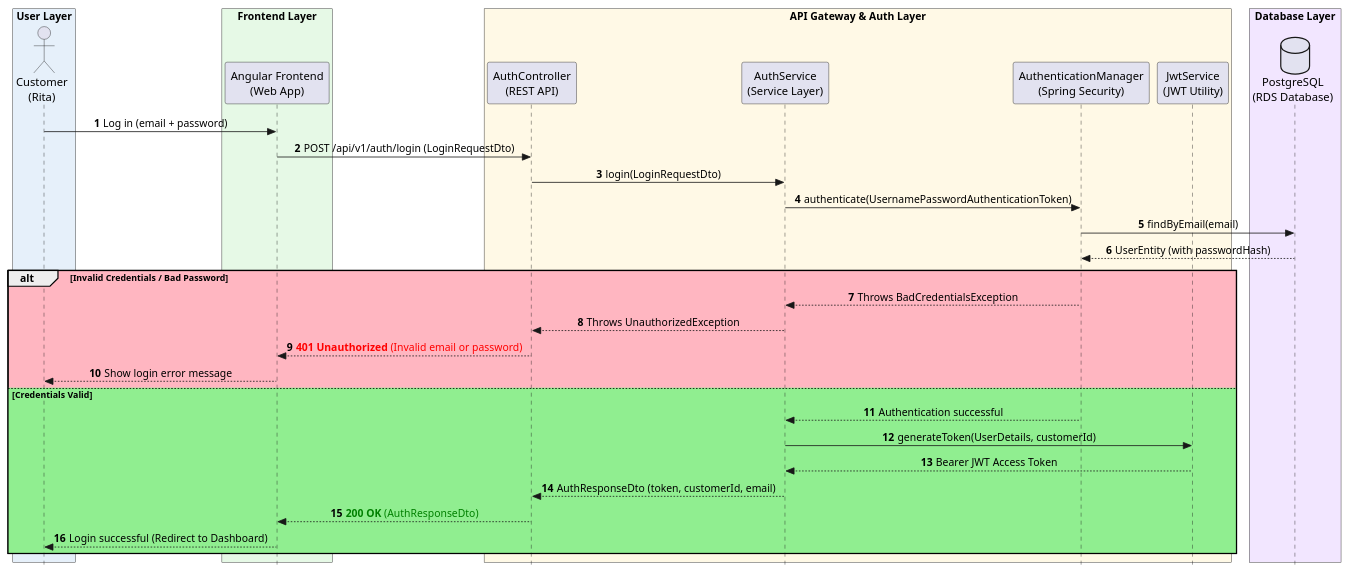
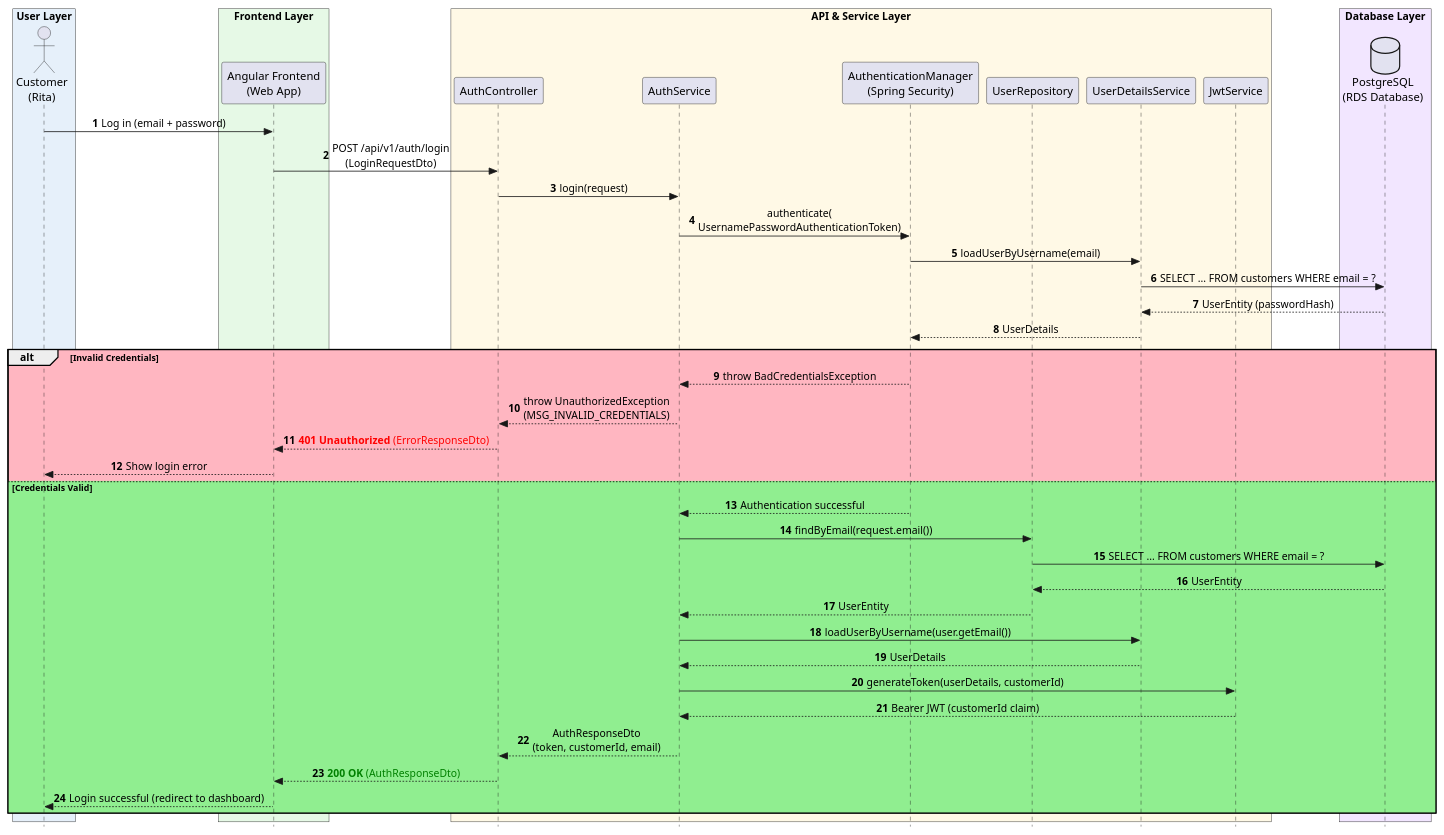
Before and after one commit to MOzil-10/Transaction-Dispute-Service: the diagram in sequenceDiagram/Authentication.puml, drawn with PlantUML. The commit also changed 4 other files, not shown here.

Commit message:
docs: align sequence diagrams with actual code — real participants, endpoints, and methods

```diff
--- a/sequenceDiagram/Authentication.puml
+++ b/sequenceDiagram/Authentication.puml
@@ -1,48 +1,60 @@
 @startuml
 autonumber
 skinparam Style strictuml
 skinparam SequenceMessageAlignment center
 skinparam boxPadding 10
 
 box "User Layer" #E6F0FA
 actor "Customer\n(Rita)" as Customer
 end box
 
 box "Frontend Layer" #E6F9E6
 participant "Angular Frontend\n(Web App)" as Frontend
 end box
 
-box "API Gateway & Auth Layer" #FFF9E6
-participant "AuthController\n(REST API)" as Controller
-participant "AuthService\n(Service Layer)" as Service
+box "API & Service Layer" #FFF9E6
+participant "AuthController" as Controller
+participant "AuthService" as Service
 participant "AuthenticationManager\n(Spring Security)" as AuthManager
-participant "JwtService\n(JWT Utility)" as JWT
+participant "UserRepository" as UserRepo
+participant "UserDetailsService" as UDS
+participant "JwtService" as JWT
 end box
 
 box "Database Layer" #F2E6FF
 database "PostgreSQL\n(RDS Database)" as DB
 end box
 
 Customer -> Frontend: Log in (email + password)
-Frontend -> Controller: POST /api/v1/auth/login (LoginRequestDto)
+Frontend -> Controller: POST /api/v1/auth/login\n(LoginRequestDto)
 
-Controller -> Service: login(LoginRequestDto)
-Service -> AuthManager: authenticate(UsernamePasswordAuthenticationToken)
+Controller -> Service: login(request)
+Service -> AuthManager: authenticate(\nUsernamePasswordAuthenticationToken)
+AuthManager -> UDS: loadUserByUsername(email)
+UDS -> DB: SELECT ... FROM customers WHERE email = ?
+DB --> UDS: UserEntity (passwordHash)
+UDS --> AuthManager: UserDetails
 
-AuthManager -> DB: findByEmail(email)
-DB --> AuthManager: UserEntity (with passwordHash)
-
-alt #LightPink Invalid Credentials / Bad Password
-    AuthManager --> Service: Throws BadCredentialsException
-    Service --> Controller: Throws UnauthorizedException
-    Controller --> Frontend: <font color=red><b>401 Unauthorized</b> (Invalid email or password)</font>
-    Frontend --> Customer: Show login error message
+alt #LightPink Invalid Credentials
+    AuthManager --> Service: throw BadCredentialsException
+    Service --> Controller: throw UnauthorizedException\n(MSG_INVALID_CREDENTIALS)
+    Controller --> Frontend: <font color=red><b>401 Unauthorized</b> (ErrorResponseDto)</font>
+    Frontend --> Customer: Show login error
 else #LightGreen Credentials Valid
     AuthManager --> Service: Authentication successful
-    Service -> JWT: generateToken(UserDetails, customerId)
-    JWT --> Service: Bearer JWT Access Token
-    Service --> Controller: AuthResponseDto (token, customerId, email)
+
+    Service -> UserRepo: findByEmail(request.email())
+    UserRepo -> DB: SELECT ... FROM customers WHERE email = ?
+    DB --> UserRepo: UserEntity
+    UserRepo --> Service: UserEntity
+
+    Service -> UDS: loadUserByUsername(user.getEmail())
+    UDS --> Service: UserDetails
+    Service -> JWT: generateToken(userDetails, customerId)
+    JWT --> Service: Bearer JWT (customerId claim)
+
+    Service --> Controller: AuthResponseDto\n(token, customerId, email)
     Controller --> Frontend: <font color=green><b>200 OK</b> (AuthResponseDto)</font>
-    Frontend --> Customer: Login successful (Redirect to Dashboard)
+    Frontend --> Customer: Login successful (redirect to dashboard)
 end
 @enduml
```
